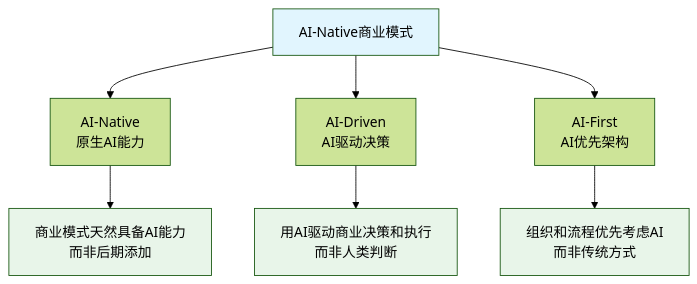
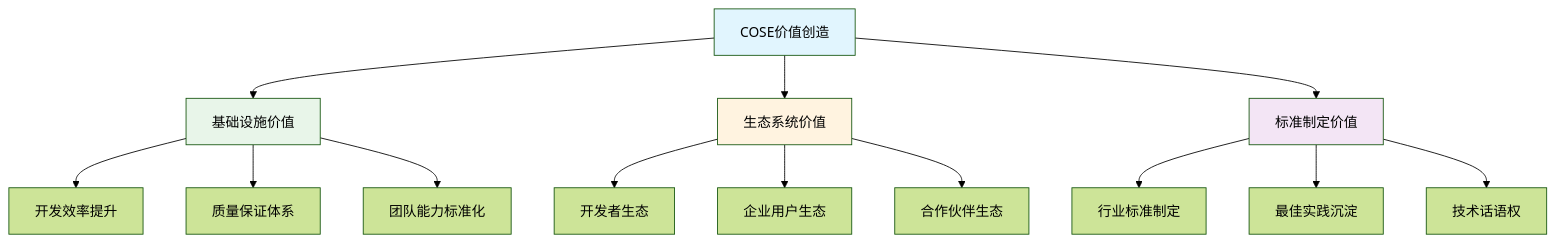
Before and after one commit to Deepractice/COSE: the second of 3 diagrams in README.md, drawn with Mermaid (forest theme). The commit also changed other lines of this file and 6 other files, not shown here.

````diff
--- a/README.md
+++ b/README.md
@@ -33,15 +78,23 @@
 ```mermaid
 graph TD
-    A[AI-Native商业模式] --> B[AI-Native<br/>原生AI能力]
-    A --> C[AI-Driven<br/>AI驱动决策]
-    A --> D[AI-First<br/>AI优先架构]
+    A[COSE价值创造] --> B[基础设施价值]
+    A --> C[生态系统价值]
+    A --> D[标准制定价值]
     
-    B --> E[商业模式天然具备AI能力<br/>而非后期添加]
-    C --> F[用AI驱动商业决策和执行<br/>而非人类判断]
-    D --> G[组织和流程优先考虑AI<br/>而非传统方式]
+    B --> B1[开发效率提升]
+    B --> B2[质量保证体系]
+    B --> B3[团队能力标准化]
+    
+    C --> C1[开发者生态]
+    C --> C2[企业用户生态]
+    C --> C3[合作伙伴生态]
+    
+    D --> D1[行业标准制定]
+    D --> D2[最佳实践沉淀]
+    D --> D3[技术话语权]
     
     style A fill:#e1f5fe
-    style E fill:#e8f5e9
-    style F fill:#e8f5e9
-    style G fill:#e8f5e9
+    style B fill:#e8f5e9
+    style C fill:#fff3e0
+    style D fill:#f3e5f5
 ```
````
